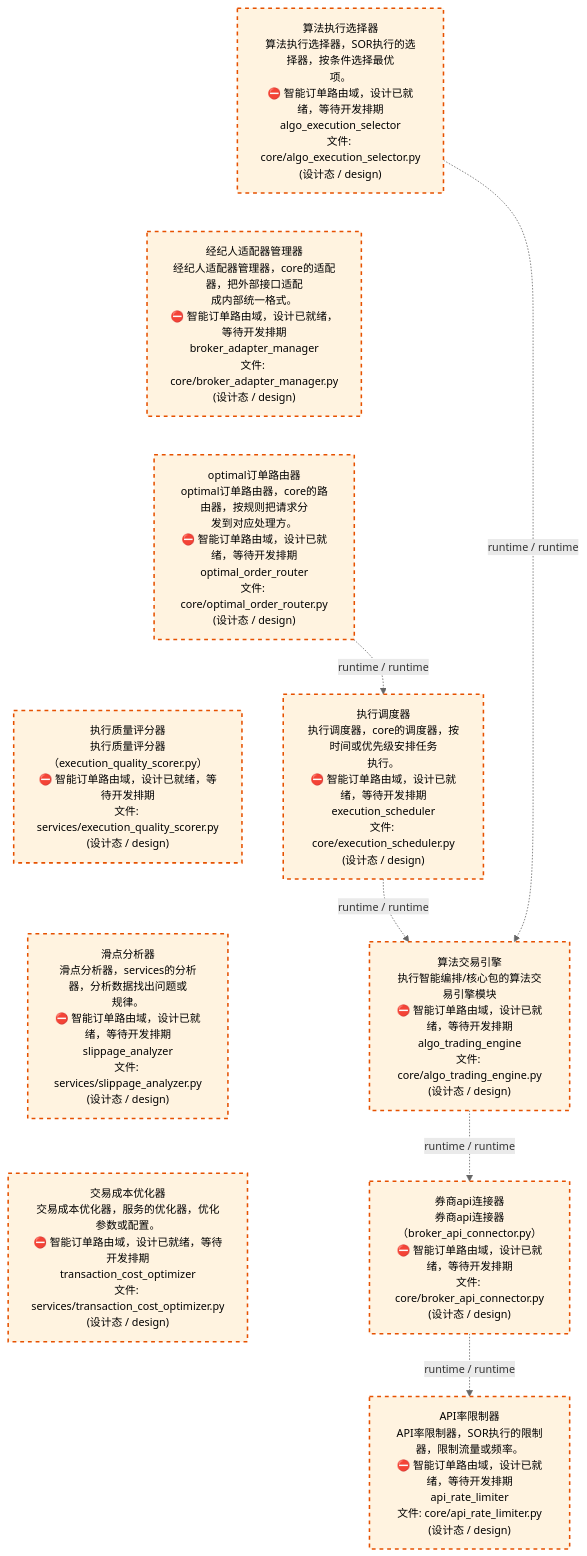
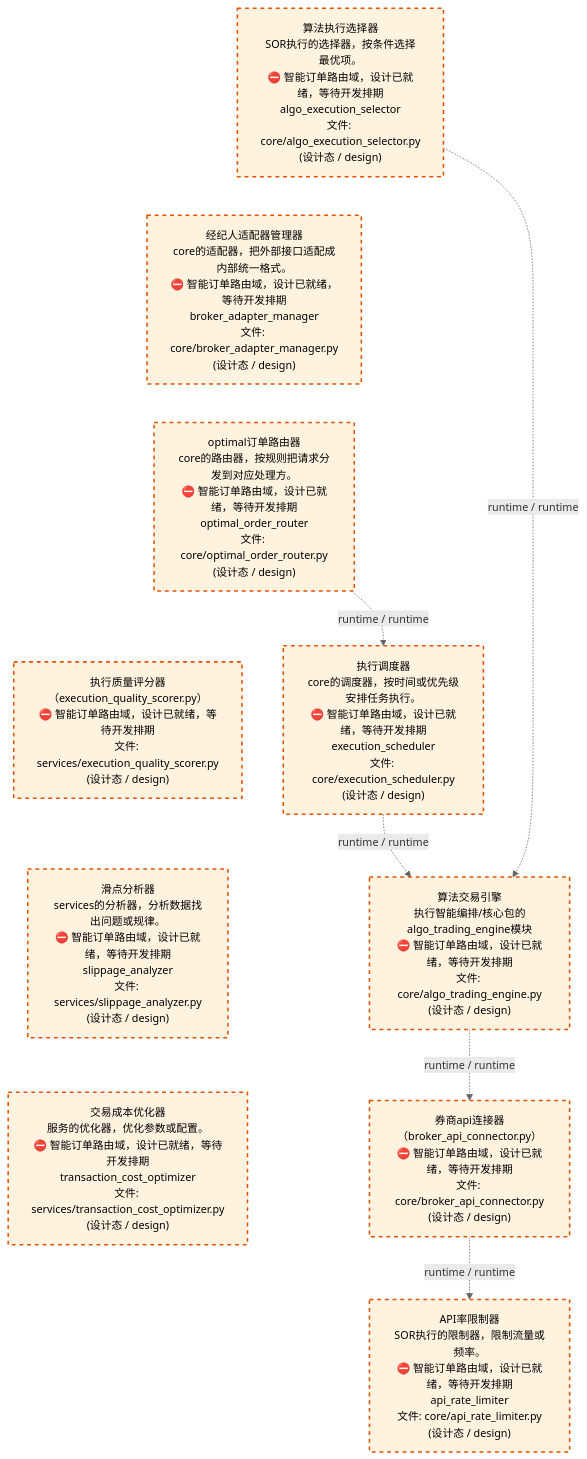
Before and after one commit to xuanFelixVan/ZephyrAlpha: the third of 4 diagrams in docs/02_enterprise_architecture/02_domain_architecture_docs/45_d_ex_sor.md, drawn with Mermaid. The commit also changed other lines of this file and 61 other files, not shown here.

````diff
--- a/docs/02_enterprise_architecture/02_domain_architecture_docs/45_d_ex_sor.md
+++ b/docs/02_enterprise_architecture/02_domain_architecture_docs/45_d_ex_sor.md
@@ -138,29 +138,29 @@
 ```mermaid
 %%{init: {'theme': 'base', 'themeVariables': {'primaryColor': '#eaeaea', 'primaryTextColor': '#333333', 'primaryBorderColor': '#666666', 'lineColor': '#666666', 'secondaryColor': '#eaeaea', 'tertiaryColor': '#eaeaea', 'fontSize': '14px'}}}%%
 flowchart TD
-    src_zephyr_ex_sor_core_algo_execution_selector_py["算法执行选择器<br/>算法执行选择器，SOR执行的选择器，按条件选择最优<br/>项。<br/>⛔ 智能订单路由域，设计已就绪，等待开发排期<br/>algo_execution_selector<br/>文件: core/algo_execution_selector.py<br/>(设计态 / design)"]
-    src_zephyr_ex_sor_core_broker_adapter_manager_py["经纪人适配器管理器<br/>经纪人适配器管理器，core的适配器，把外部接口适配<br/>成内部统一格式。<br/>⛔ 智能订单路由域，设计已就绪，等待开发排期<br/>broker_adapter_manager<br/>文件: core/broker_adapter_manager.py<br/>(设计态 / design)"]
-    src_zephyr_ex_sor_core_optimal_order_router_py["optimal订单路由器<br/>optimal订单路由器，core的路由器，按规则把请求分<br/>发到对应处理方。<br/>⛔ 智能订单路由域，设计已就绪，等待开发排期<br/>optimal_order_router<br/>文件: core/optimal_order_router.py<br/>(设计态 / design)"]
-    src_zephyr_ex_sor_services_execution_quality_scorer_py["执行质量评分器<br/>执行质量评分器（execution_quality_scorer.py）<br/>⛔ 智能订单路由域，设计已就绪，等待开发排期<br/>文件: services/execution_quality_scorer.py<br/>(设计态 / design)"]
-    src_zephyr_ex_sor_services_slippage_analyzer_py["滑点分析器<br/>滑点分析器，services的分析器，分析数据找出问题或<br/>规律。<br/>⛔ 智能订单路由域，设计已就绪，等待开发排期<br/>slippage_analyzer<br/>文件: services/slippage_analyzer.py<br/>(设计态 / design)"]
-    src_zephyr_ex_sor_services_transaction_cost_optimizer_py["交易成本优化器<br/>交易成本优化器，服务的优化器，优化参数或配置。<br/>⛔ 智能订单路由域，设计已就绪，等待开发排期<br/>transaction_cost_optimizer<br/>文件: services/transaction_cost_optimizer.py<br/>(设计态 / design)"]
+    src_zephyr_ex_sor_core_algo_execution_selector_py["算法执行选择器<br/>SOR执行的选择器，按条件选择最优项。<br/>⛔ 智能订单路由域，设计已就绪，等待开发排期<br/>algo_execution_selector<br/>文件: core/algo_execution_selector.py<br/>(设计态 / design)"]
+    src_zephyr_ex_sor_core_broker_adapter_manager_py["经纪人适配器管理器<br/>core的适配器，把外部接口适配成内部统一格式。<br/>⛔ 智能订单路由域，设计已就绪，等待开发排期<br/>broker_adapter_manager<br/>文件: core/broker_adapter_manager.py<br/>(设计态 / design)"]
+    src_zephyr_ex_sor_core_optimal_order_router_py["optimal订单路由器<br/>core的路由器，按规则把请求分发到对应处理方。<br/>⛔ 智能订单路由域，设计已就绪，等待开发排期<br/>optimal_order_router<br/>文件: core/optimal_order_router.py<br/>(设计态 / design)"]
+    src_zephyr_ex_sor_services_execution_quality_scorer_py["执行质量评分器<br/>（execution_quality_scorer.py）<br/>⛔ 智能订单路由域，设计已就绪，等待开发排期<br/>文件: services/execution_quality_scorer.py<br/>(设计态 / design)"]
+    src_zephyr_ex_sor_services_slippage_analyzer_py["滑点分析器<br/>services的分析器，分析数据找出问题或规律。<br/>⛔ 智能订单路由域，设计已就绪，等待开发排期<br/>slippage_analyzer<br/>文件: services/slippage_analyzer.py<br/>(设计态 / design)"]
+    src_zephyr_ex_sor_services_transaction_cost_optimizer_py["交易成本优化器<br/>服务的优化器，优化参数或配置。<br/>⛔ 智能订单路由域，设计已就绪，等待开发排期<br/>transaction_cost_optimizer<br/>文件: services/transaction_cost_optimizer.py<br/>(设计态 / design)"]
     src_zephyr_ex_sor_core_algo_execution_selector_py ~~~ src_zephyr_ex_sor_core_broker_adapter_manager_py
     src_zephyr_ex_sor_core_broker_adapter_manager_py ~~~ src_zephyr_ex_sor_core_optimal_order_router_py
     src_zephyr_ex_sor_core_optimal_order_router_py ~~~ src_zephyr_ex_sor_services_execution_quality_scorer_py
     src_zephyr_ex_sor_services_execution_quality_scorer_py ~~~ src_zephyr_ex_sor_services_slippage_analyzer_py
     src_zephyr_ex_sor_services_slippage_analyzer_py ~~~ src_zephyr_ex_sor_services_transaction_cost_optimizer_py
-    src_zephyr_ex_sor_core_execution_scheduler_py["执行调度器<br/>执行调度器，core的调度器，按时间或优先级安排任务<br/>执行。<br/>⛔ 智能订单路由域，设计已就绪，等待开发排期<br/>execution_scheduler<br/>文件: core/execution_scheduler.py<br/>(设计态 / design)"]
-    src_zephyr_ex_sor_core_algo_trading_engine_py["算法交易引擎<br/>执行智能编排/核心包的算法交易引擎模块<br/>⛔ 智能订单路由域，设计已就绪，等待开发排期<br/>algo_trading_engine<br/>文件: core/algo_trading_engine.py<br/>(设计态 / design)"]
-    src_zephyr_ex_sor_core_broker_api_connector_py["券商api连接器<br/>券商api连接器（broker_api_connector.py）<br/>⛔ 智能订单路由域，设计已就绪，等待开发排期<br/>文件: core/broker_api_connector.py<br/>(设计态 / design)"]
-    src_zephyr_ex_sor_core_api_rate_limiter_py["API率限制器<br/>API率限制器，SOR执行的限制器，限制流量或频率。<br/>⛔ 智能订单路由域，设计已就绪，等待开发排期<br/>api_rate_limiter<br/>文件: core/api_rate_limiter.py<br/>(设计态 / design)"]
+    src_zephyr_ex_sor_core_execution_scheduler_py["执行调度器<br/>core的调度器，按时间或优先级安排任务执行。<br/>⛔ 智能订单路由域，设计已就绪，等待开发排期<br/>execution_scheduler<br/>文件: core/execution_scheduler.py<br/>(设计态 / design)"]
+    src_zephyr_ex_sor_core_algo_trading_engine_py["算法交易引擎<br/>执行智能编排/核心包的algo_trading_engine模块<br/>⛔ 智能订单路由域，设计已就绪，等待开发排期<br/>文件: core/algo_trading_engine.py<br/>(设计态 / design)"]
+    src_zephyr_ex_sor_core_broker_api_connector_py["券商api连接器<br/>（broker_api_connector.py）<br/>⛔ 智能订单路由域，设计已就绪，等待开发排期<br/>文件: core/broker_api_connector.py<br/>(设计态 / design)"]
+    src_zephyr_ex_sor_core_api_rate_limiter_py["API率限制器<br/>SOR执行的限制器，限制流量或频率。<br/>⛔ 智能订单路由域，设计已就绪，等待开发排期<br/>api_rate_limiter<br/>文件: core/api_rate_limiter.py<br/>(设计态 / design)"]
     src_zephyr_ex_sor_core_optimal_order_router_py -.->|runtime / runtime| src_zephyr_ex_sor_core_execution_scheduler_py
     src_zephyr_ex_sor_core_execution_scheduler_py -.->|runtime / runtime| src_zephyr_ex_sor_core_algo_trading_engine_py
     src_zephyr_ex_sor_core_algo_trading_engine_py -.->|runtime / runtime| src_zephyr_ex_sor_core_broker_api_connector_py
     src_zephyr_ex_sor_core_algo_execution_selector_py -.->|runtime / runtime| src_zephyr_ex_sor_core_algo_trading_engine_py
     src_zephyr_ex_sor_core_broker_api_connector_py -.->|runtime / runtime| src_zephyr_ex_sor_core_api_rate_limiter_py
     classDef production fill:#e1f5fe,stroke:#01579b,stroke-width:2px,color:#000
     classDef design fill:#fff3e0,stroke:#e65100,stroke-width:2px,color:#000,stroke-dasharray: 5 5
     classDef external_prod fill:#e8f4fd,stroke:#0277bd,stroke-width:1px,color:#000
     classDef external_design fill:#fff8e7,stroke:#ef6c00,stroke-width:1px,color:#000,stroke-dasharray: 5 5
     class src_zephyr_ex_sor_core_algo_execution_selector_py,src_zephyr_ex_sor_core_algo_trading_engine_py,src_zephyr_ex_sor_core_api_rate_limiter_py,src_zephyr_ex_sor_core_broker_adapter_manager_py,src_zephyr_ex_sor_core_broker_api_connector_py,src_zephyr_ex_sor_core_execution_scheduler_py,src_zephyr_ex_sor_core_optimal_order_router_py,src_zephyr_ex_sor_services_execution_quality_scorer_py,src_zephyr_ex_sor_services_slippage_analyzer_py,src_zephyr_ex_sor_services_transaction_cost_optimizer_py design
 ```
````
